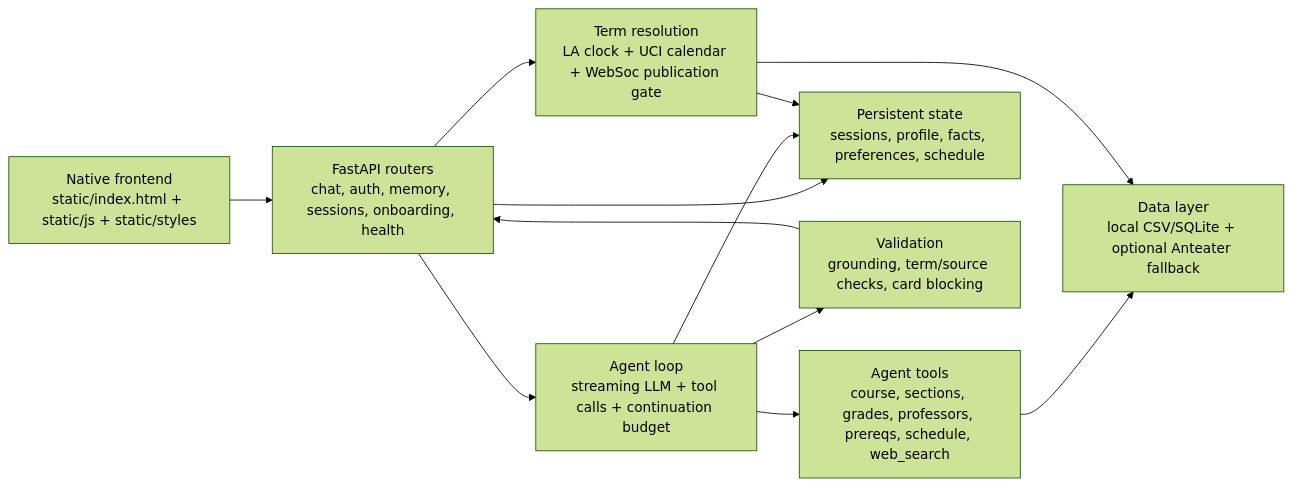
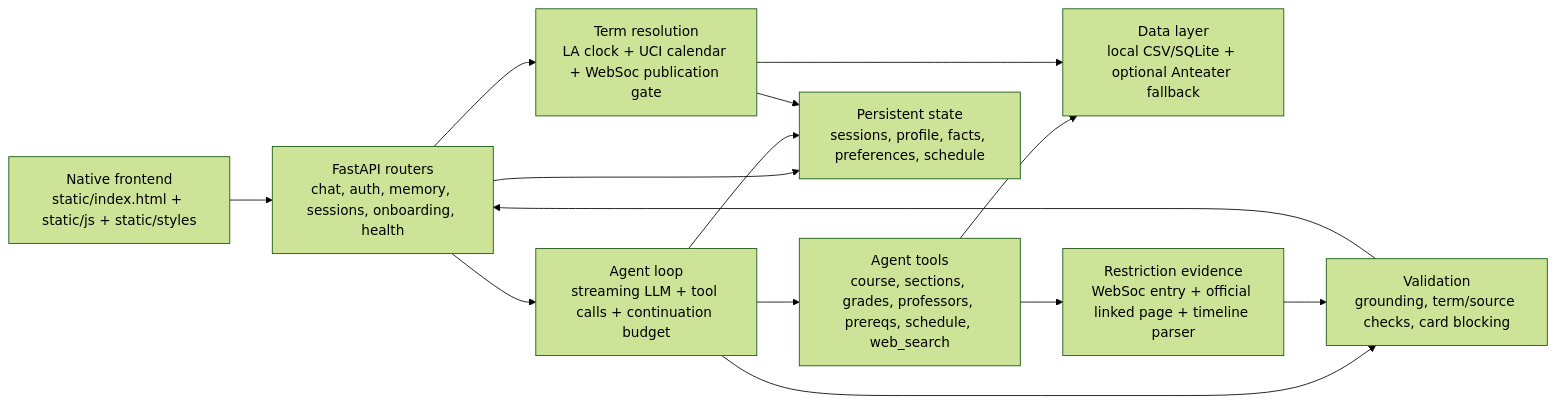
The diagram in README.md (Haoqin-Wei/uci-course-advisor), drawn with Mermaid (forest theme) before and after one commit. The commit also changed other lines of this file and 12 other files, not shown here.

Commit message:
feat: complete restriction evidence acceptance

````diff
--- a/README.md
+++ b/README.md
@@ -22,23 +24,26 @@
 ```mermaid
 flowchart LR
   Browser["Native frontend<br/>static/index.html + static/js + static/styles"]
   API["FastAPI routers<br/>chat, auth, memory, sessions, onboarding, health"]
   Agent["Agent loop<br/>streaming LLM + tool calls + continuation budget"]
   Tools["Agent tools<br/>course, sections, grades, professors, prereqs, schedule, web_search"]
   Data["Data layer<br/>local CSV/SQLite + optional Anteater fallback"]
   Memory["Persistent state<br/>sessions, profile, facts, preferences, schedule"]
   Validation["Validation<br/>grounding, term/source checks, card blocking"]
   Terms["Term resolution<br/>LA clock + UCI calendar + WebSoc publication gate"]
+  Restrictions["Restriction evidence<br/>WebSoc entry + official linked page + timeline parser"]
 
   Browser --> API
   API --> Agent
   Agent --> Tools
   Tools --> Data
   API --> Memory
   Agent --> Memory
   Agent --> Validation
+  Tools --> Restrictions
+  Restrictions --> Validation
   Validation --> API
   API --> Terms
   Terms --> Data
   Terms --> Memory
 ```
````
